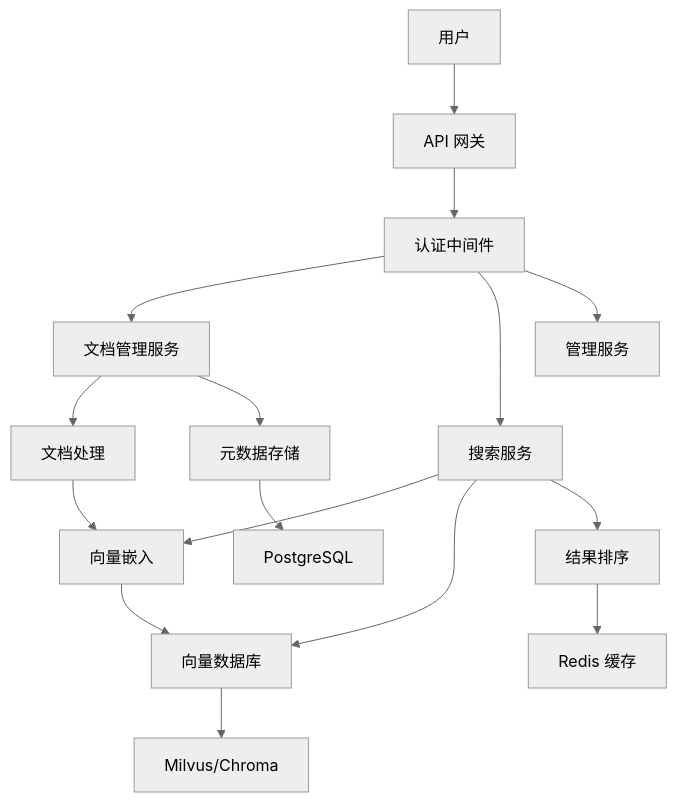
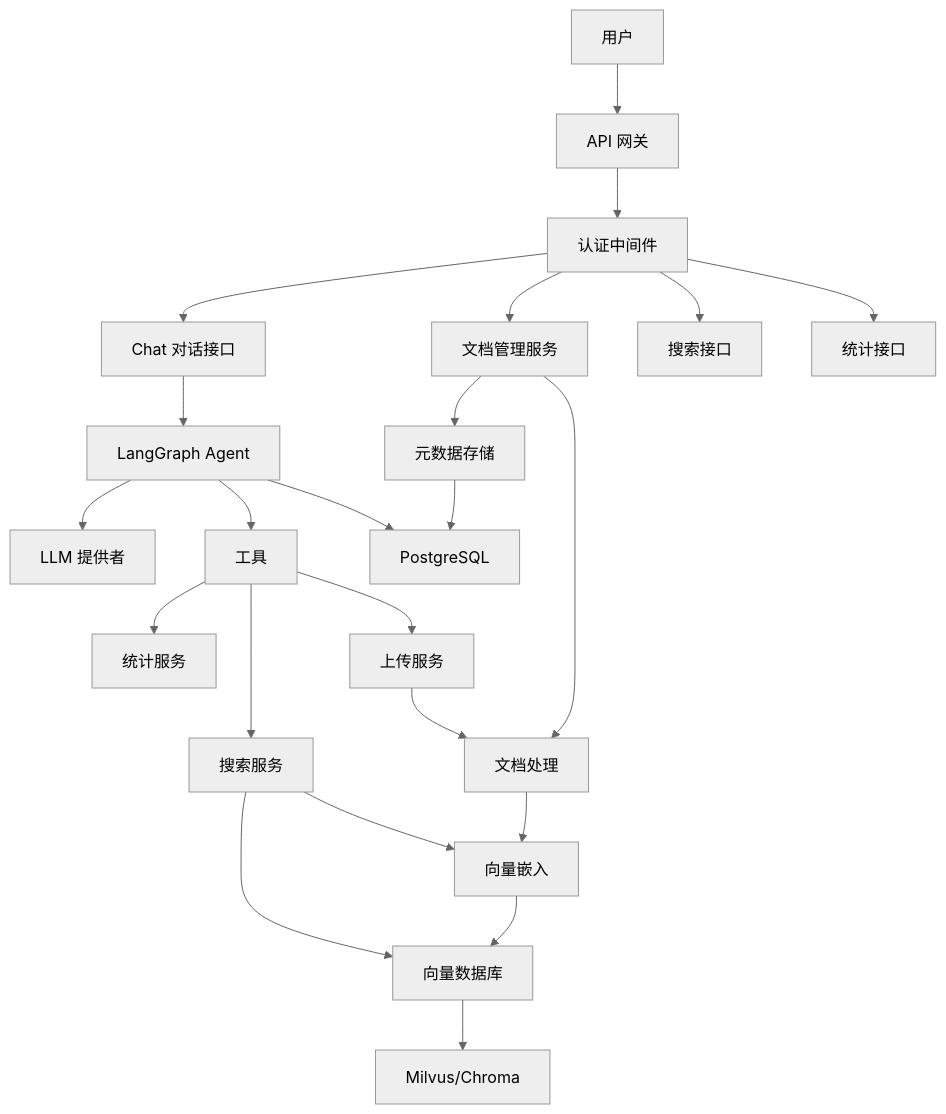
The diagram in README_zh.md (zhao11122233/CaraBot), drawn with Mermaid (neutral theme) before and after one commit. The commit also changed other lines of this file and 2 other files, not shown here.

Commit message:
docs: 更新课程大纲和文档，调整项目描述为基于 LangGraph 的 Agent 驱动智能知识库系统

````diff
--- a/README_zh.md
+++ b/README_zh.md
@@ -95,21 +105,29 @@
 ```mermaid
 graph TD
     A[用户] --> B[API 网关]
     B --> C[认证中间件]
-    C --> D[文档管理服务]
-    C --> E[搜索服务]
-    C --> F[管理服务]
+    C --> D[Chat 对话接口]
+    C --> E[文档管理服务]
+    C --> F[搜索接口]
+    C --> G[统计接口]
     
-    D --> G[文档处理]
-    D --> H[元数据存储]
-    G --> I[向量嵌入]
-    I --> J[向量数据库]
+    D --> H[LangGraph Agent]
+    H --> I[LLM 提供者]
+    H --> J[工具]
+    J --> K[搜索服务]
+    J --> L[统计服务]
+    J --> M[上传服务]
     
-    E --> I
-    E --> J
-    E --> K[结果排序]
+    E --> N[文档处理]
+    E --> O[元数据存储]
+    N --> P[向量嵌入]
+    P --> Q[向量数据库]
     
-    H --> L[PostgreSQL]
-    J --> M[Milvus/Chroma]
-    K --> N[Redis 缓存]
+    K --> P
+    K --> Q
+    M --> N
+    
+    O --> R[PostgreSQL]
+    Q --> S[Milvus/Chroma]
+    H --> R
 ```
````
